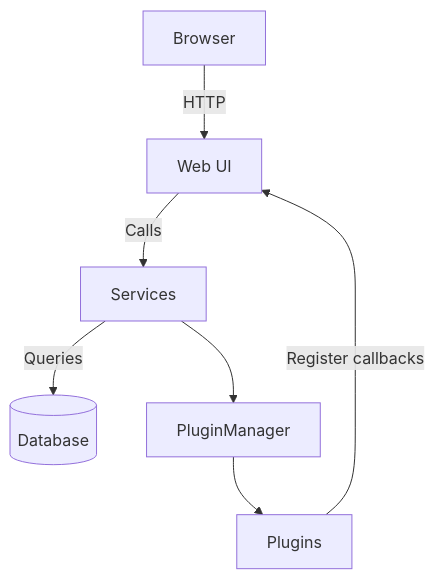
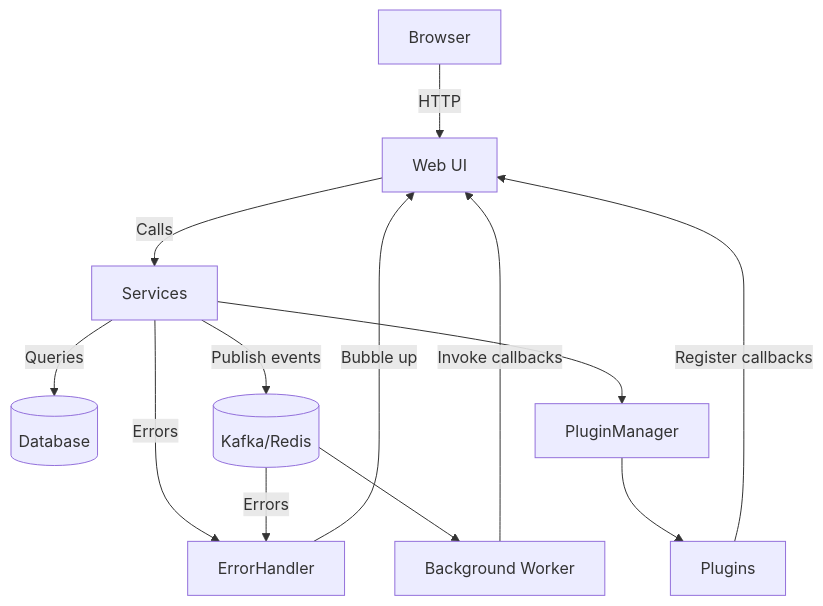
One commit to WSG23/yosai_intel_dashboard_fresh changed the diagram in docs/system_diagram.md. Above: the diagram before and after it, drawn with Mermaid. The commit also changed other lines of this file and 1 other file, not shown here.

Commit message:
docs: update diagrams with async queues

````diff
--- a/docs/system_diagram.md
+++ b/docs/system_diagram.md
@@ -5,9 +6,15 @@
 ```mermaid
 flowchart TD
     Browser -->|HTTP| UI["Web UI"]
     UI -->|Calls| Services
     Services -->|Queries| DB[(Database)]
     Services --> PluginManager
     PluginManager --> Plugins
     Plugins -->|Register callbacks| UI
+    Services -->|Publish events| MQ[(Kafka/Redis)]
+    MQ --> Worker[Background Worker]
+    Worker -->|Invoke callbacks| UI
+    Services -->|Errors| ErrorHandler
+    MQ -->|Errors| ErrorHandler
+    ErrorHandler -->|Bubble up| UI
 ```
````
